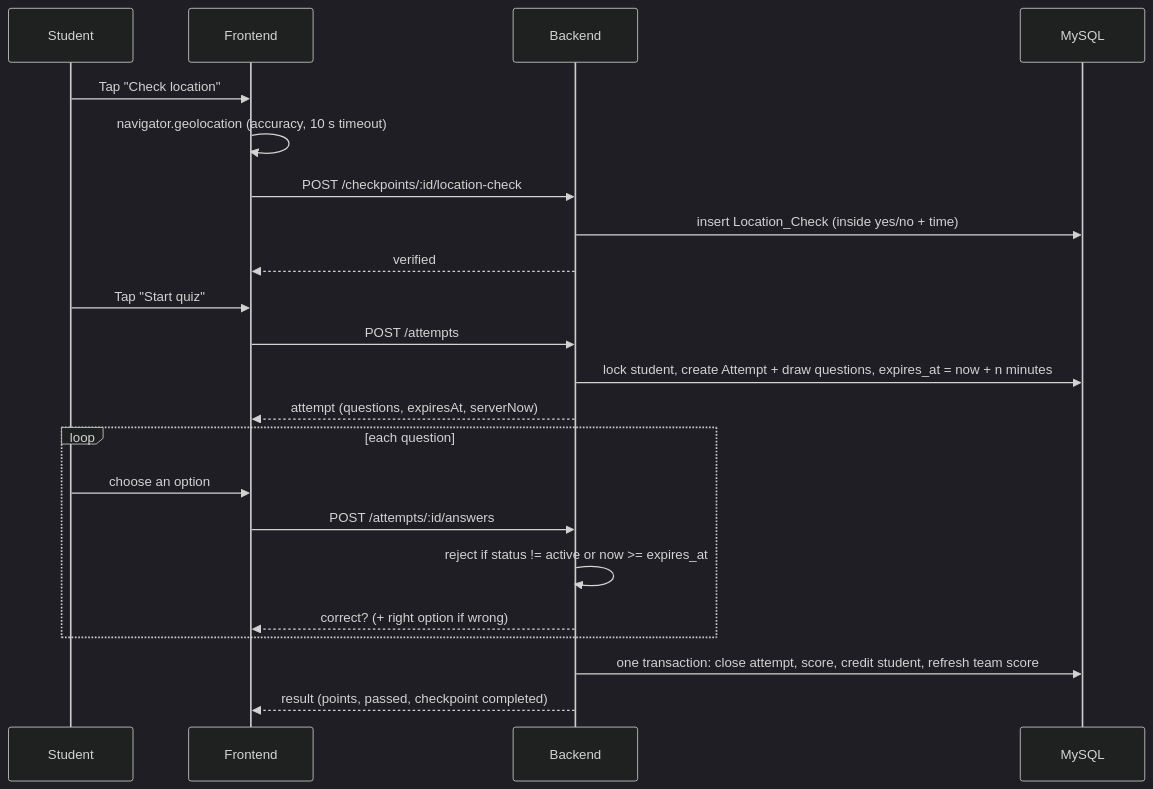
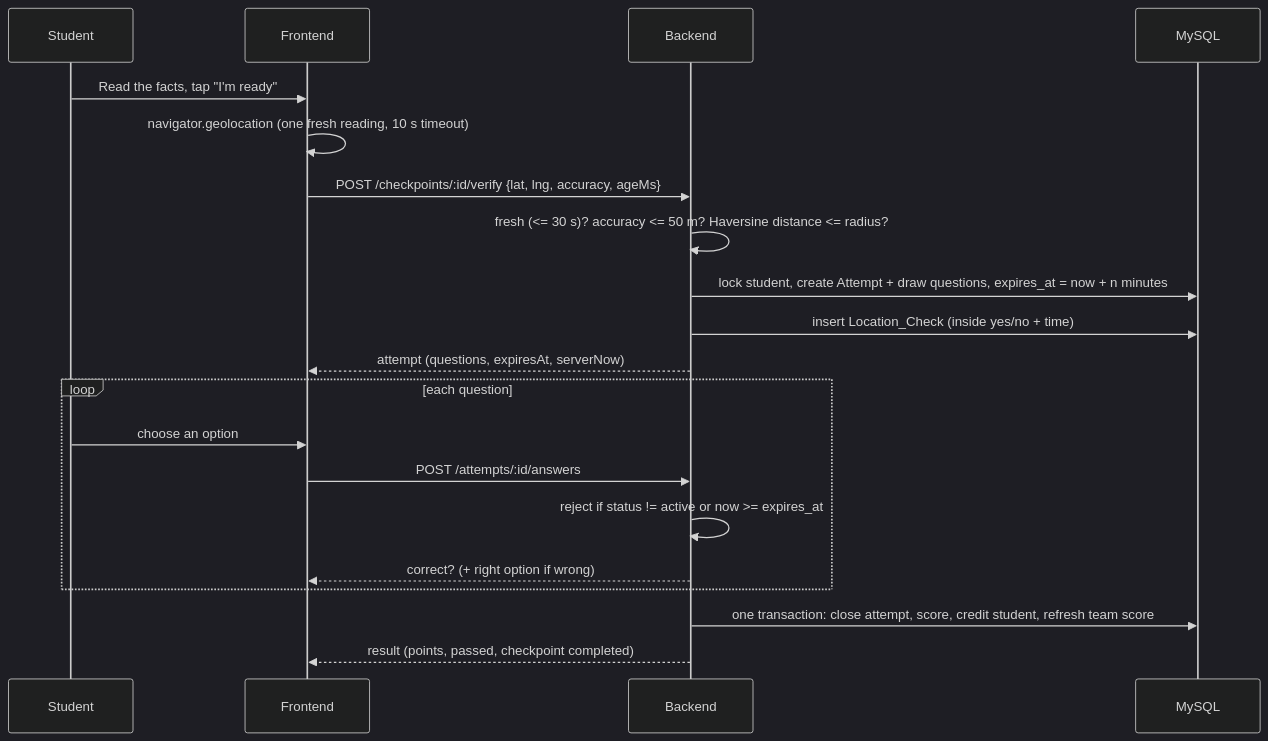
The second of 2 diagrams in design/architecture-diagram.md (CZPS-ds3/CampusGo), drawn with Mermaid (dark theme) before and after one commit. The commit also changed 54 other files, not shown here.

````diff
--- a/design/architecture-diagram.md
+++ b/design/architecture-diagram.md
@@ -23,24 +23,22 @@
 ```mermaid
 sequenceDiagram
     participant S as Student
     participant F as Frontend
     participant B as Backend
     participant D as MySQL
-    S->>F: Tap "Check location"
-    F->>F: navigator.geolocation (accuracy, 10 s timeout)
-    F->>B: POST /checkpoints/:id/location-check
+    S->>F: Read the facts, tap "I'm ready"
+    F->>F: navigator.geolocation (one fresh reading, 10 s timeout)
+    F->>B: POST /checkpoints/:id/verify {lat, lng, accuracy, ageMs}
+    B->>B: fresh (<= 30 s)? accuracy <= 50 m? Haversine distance <= radius?
+    B->>D: lock student, create Attempt + draw questions, expires_at = now + n minutes
     B->>D: insert Location_Check (inside yes/no + time)
-    B-->>F: verified
-    S->>F: Tap "Start quiz"
-    F->>B: POST /attempts
-    B->>D: lock student, create Attempt + draw questions, expires_at = now + n minutes
     B-->>F: attempt (questions, expiresAt, serverNow)
     loop each question
         S->>F: choose an option
         F->>B: POST /attempts/:id/answers
         B->>B: reject if status != active or now >= expires_at
         B-->>F: correct? (+ right option if wrong)
     end
     B->>D: one transaction: close attempt, score, credit student, refresh team score
     B-->>F: result (points, passed, checkpoint completed)
 ```
````
